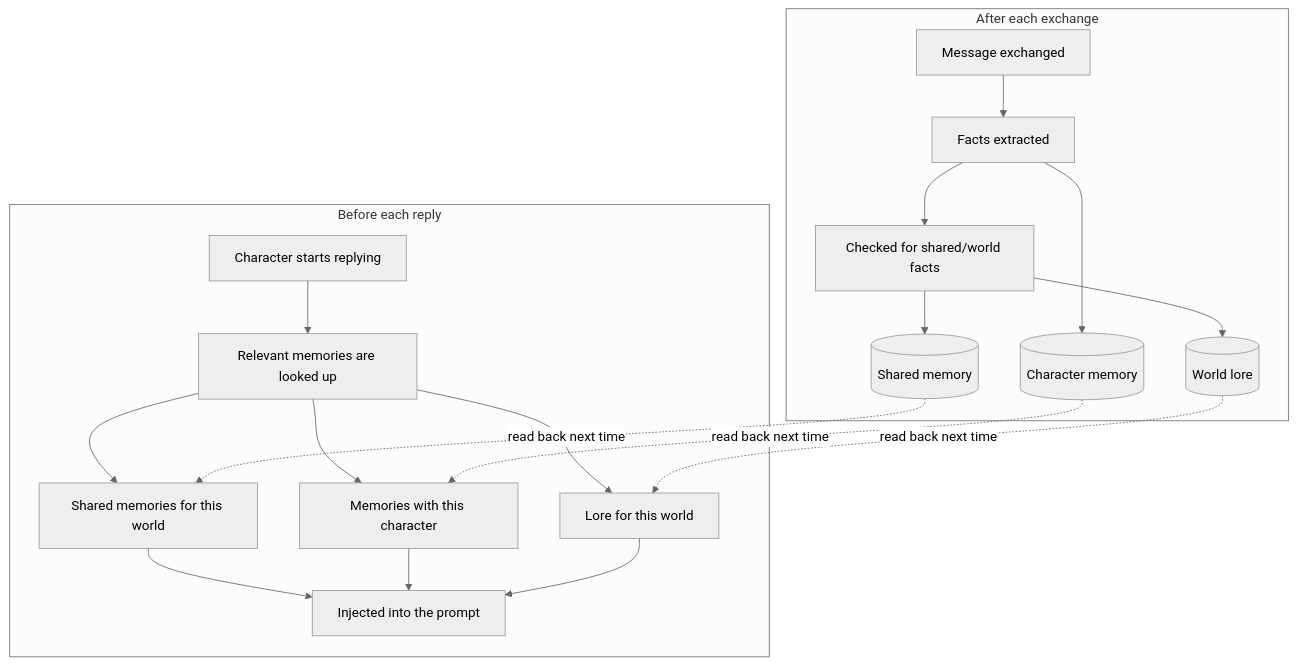
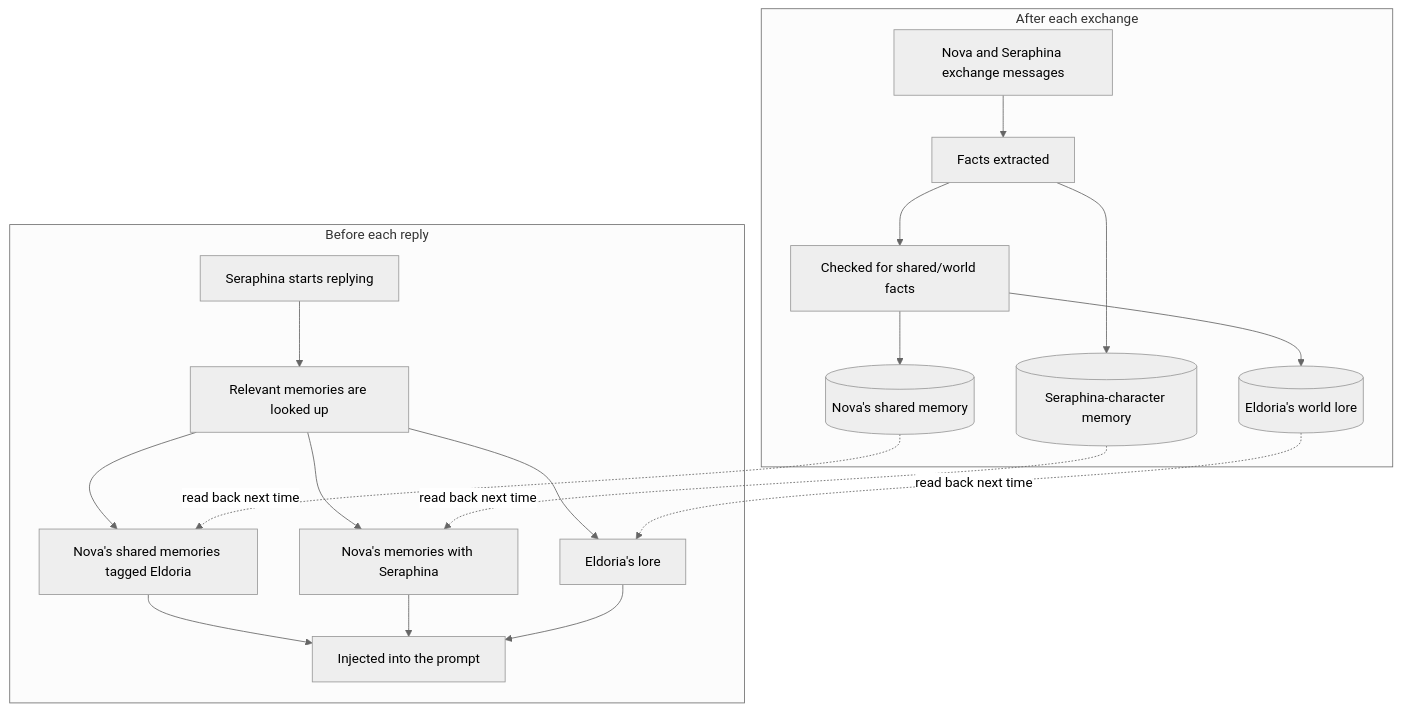
One commit to chuyaowang/local-sillytavern-with-memory changed the third of 3 diagrams in docs/wiki/Memory-System.md. Above: the diagram before and after it, drawn with Mermaid (neutral theme). The commit also changed other lines of this file, not shown here.

First line of the commit message:
docs: use a concrete cast throughout Memory-System.md, reorder by concept-first

````diff
--- a/docs/wiki/Memory-System.md
+++ b/docs/wiki/Memory-System.md
@@ -98,24 +102,24 @@
 ```mermaid
 flowchart TD
     subgraph write["After each exchange"]
-        msg["Message exchanged"] --> ext["Facts extracted"]
-        ext --> cm[("Character memory")]
+        msg["Nova and Seraphina exchange messages"] --> ext["Facts extracted"]
+        ext --> cm[("Seraphina-character memory")]
         ext --> cl["Checked for shared/world facts"]
-        cl --> sm[("Shared memory")]
-        cl --> wm[("World lore")]
+        cl --> sm[("Nova's shared memory")]
+        cl --> wm[("Eldoria's world lore")]
     end
 
     subgraph read["Before each reply"]
-        gen["Character starts replying"] --> pull["Relevant memories are looked up"]
-        pull --> s1["Shared memories for this world"]
-        pull --> s2["Memories with this character"]
-        pull --> s3["Lore for this world"]
+        gen["Seraphina starts replying"] --> pull["Relevant memories are looked up"]
+        pull --> s1["Nova's shared memories tagged Eldoria"]
+        pull --> s2["Nova's memories with Seraphina"]
+        pull --> s3["Eldoria's lore"]
         s1 --> merge["Injected into the prompt"]
         s2 --> merge
         s3 --> merge
     end
 
     sm -.->|"read back next time"| s1
     cm -.->|"read back next time"| s2
     wm -.->|"read back next time"| s3
 ```
````
